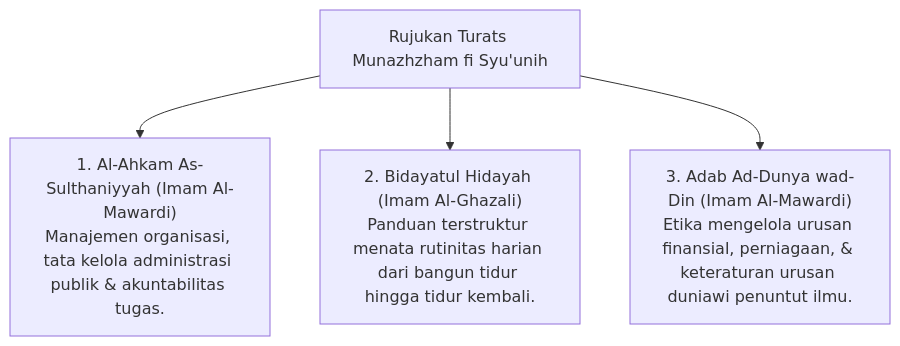
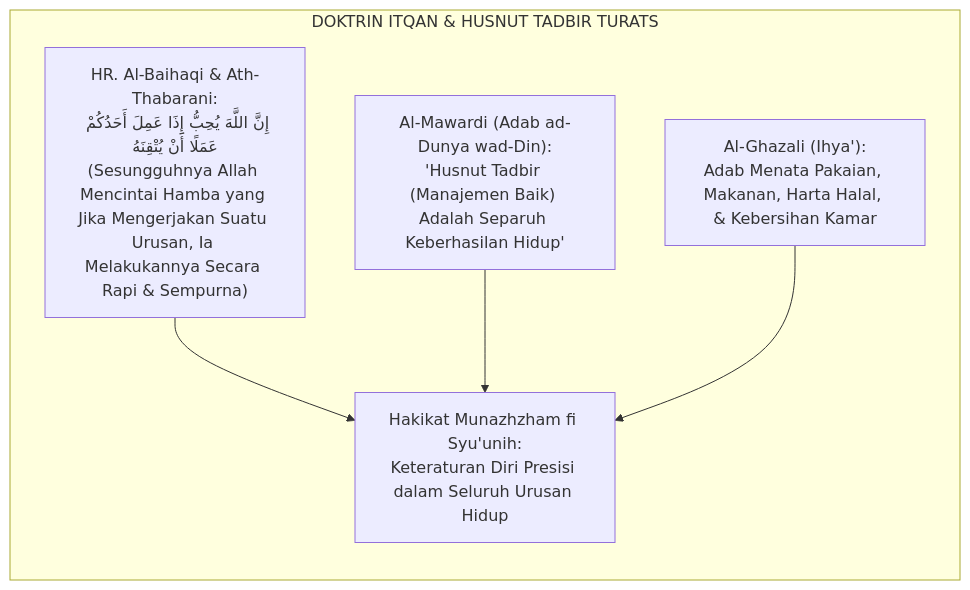
One commit to wandiapriliyandi/tumbuh changed the second of 7 diagrams in 03 Capacity Framework/11 Munazhzham fi Syuunih/P3-11-01-Filosofi-dan-Landasan-Turats.md. Above: the diagram before and after it, drawn with Mermaid. The commit also changed other lines of this file and 14 other files, not shown here.

````diff
--- a/03 Capacity Framework/11 Munazhzham fi Syuunih/P3-11-01-Filosofi-dan-Landasan-Turats.md
+++ b/03 Capacity Framework/11 Munazhzham fi Syuunih/P3-11-01-Filosofi-dan-Landasan-Turats.md
@@ -22,8 +74,8 @@
 ```mermaid
-graph TD
-    Turats["Rujukan Turats Munazhzham fi Syu'unih"]
-    
-    Turats --> T1["1. Al-Ahkam As-Sulthaniyyah (Imam Al-Mawardi)<br/>Manajemen organisasi, tata kelola administrasi publik & akuntabilitas tugas."]
-    Turats --> T2["2. Bidayatul Hidayah (Imam Al-Ghazali)<br/>Panduan terstruktur menata rutinitas harian dari bangun tidur hingga tidur kembali."]
-    Turats --> T3["3. Adab Ad-Dunya wad-Din (Imam Al-Mawardi)<br/>Etika mengelola urusan finansial, perniagaan, & keteraturan urusan duniawi penuntut ilmu."]
+flowchart LR
+    subgraph TuratsItqanHusnutTadbir["DOKTRIN ITQAN & HUSNUT TADBIR TURATS"]
+        HaditsItqan["HR. Al-Baihaqi & Ath-Thabarani:<br/>إِنَّ اللَّهَ يُحِبُّ إِذَا عَمِلَ أَحَدُكُمْ عَمَلًا أَنْ يُتْقِنَهُ<br/>(Sesungguhnya Allah Mencintai Hamba yang Jika Mengerjakan Suatu Urusan, Ia Melakukannya Secara Rapi & Sempurna)"] --> Inti["Hakikat Munazhzham fi Syu'unih:<br/>Keteraturan Diri Presisi dalam Seluruh Urusan Hidup"]
+        Mawardi["Al-Mawardi (Adab ad-Dunya wad-Din):<br/>'Husnut Tadbir (Manajemen Baik) Adalah Separuh Keberhasilan Hidup'"] --> Inti
+        Ghazali["Al-Ghazali (Ihya'):<br/>Adab Menata Pakaian, Makanan, Harta Halal, & Kebersihan Kamar"] --> Inti
+    end
 ```
````
